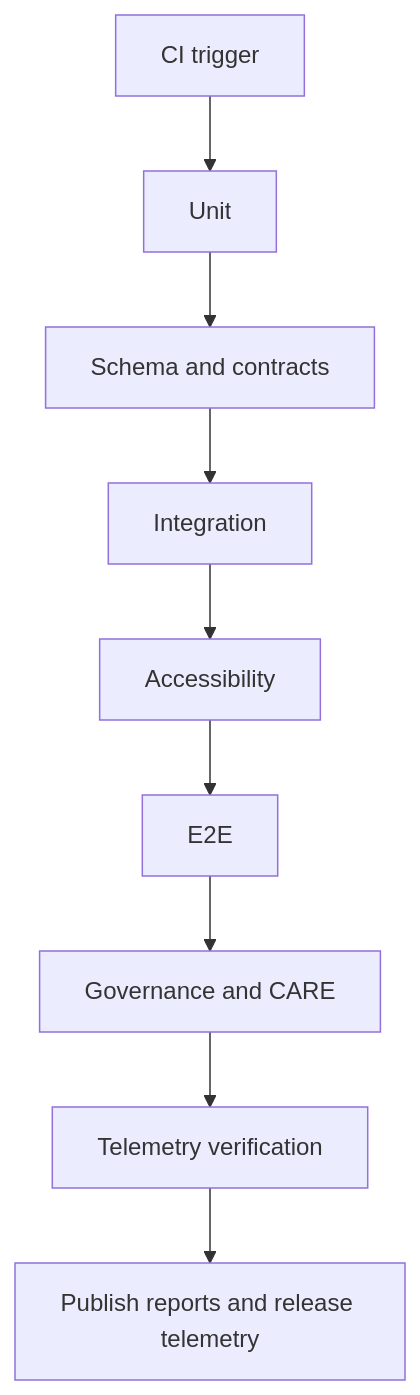
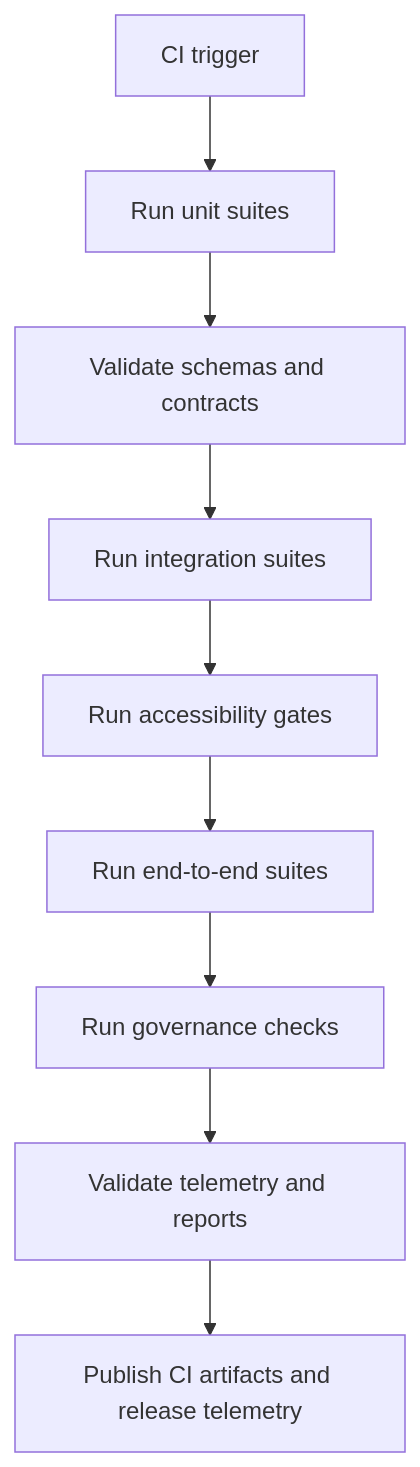
The second of 2 diagrams in tests/ARCHITECTURE.md (bartytime4life/Kansas-Frontier-Matrix), drawn with Mermaid before and after one commit. The commit also changed other lines of this file, not shown here.

```diff
--- a/tests/ARCHITECTURE.md
+++ b/tests/ARCHITECTURE.md
@@ -205,11 +270,11 @@
 ~~~mermaid
 flowchart TD
-  A["CI trigger"] --> B["Unit"]
-  B --> C["Schema and contracts"]
-  C --> D["Integration"]
-  D --> E["Accessibility"]
-  E --> F["E2E"]
-  F --> G["Governance and CARE"]
-  G --> H["Telemetry verification"]
-  H --> I["Publish reports and release telemetry"]
+  A["CI trigger"] --> B["Run unit suites"]
+  B --> C["Validate schemas and contracts"]
+  C --> D["Run integration suites"]
+  D --> E["Run accessibility gates"]
+  E --> F["Run end-to-end suites"]
+  F --> G["Run governance checks"]
+  G --> H["Validate telemetry and reports"]
+  H --> I["Publish CI artifacts and release telemetry"]
 ~~~
```
